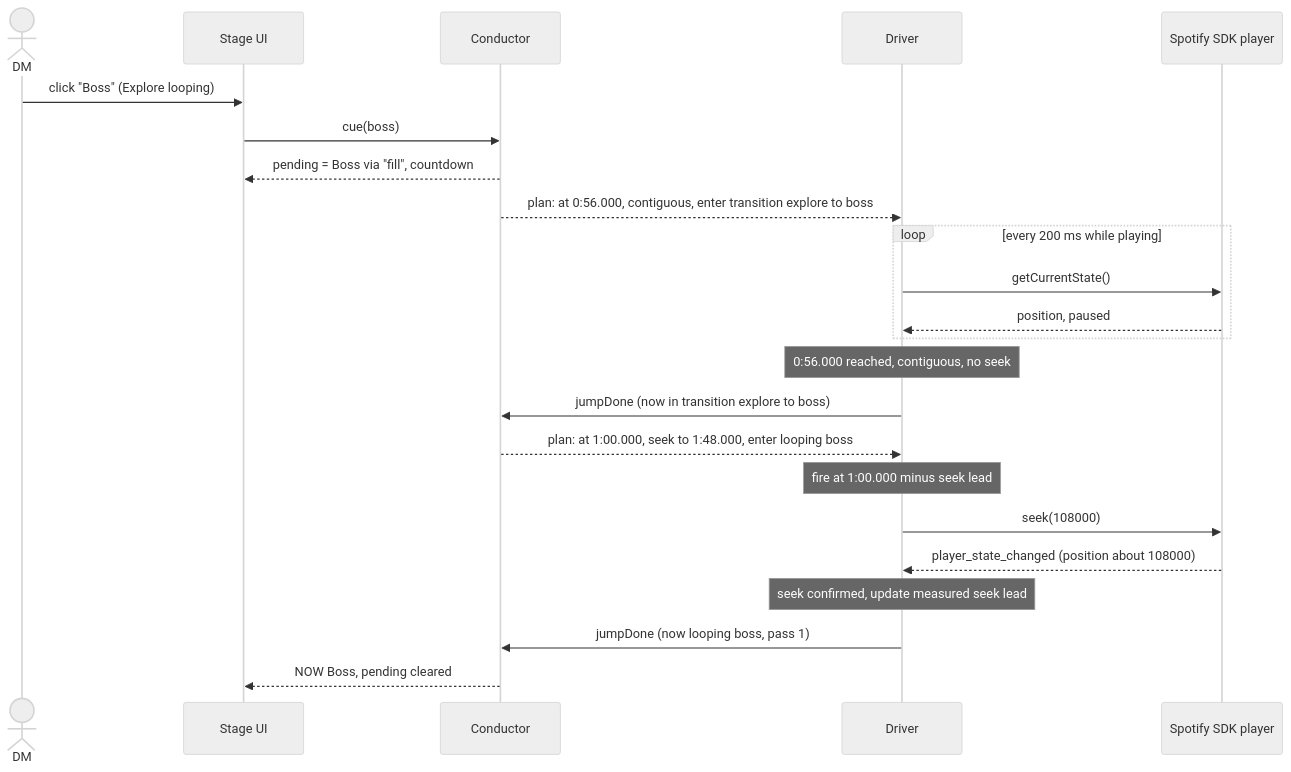
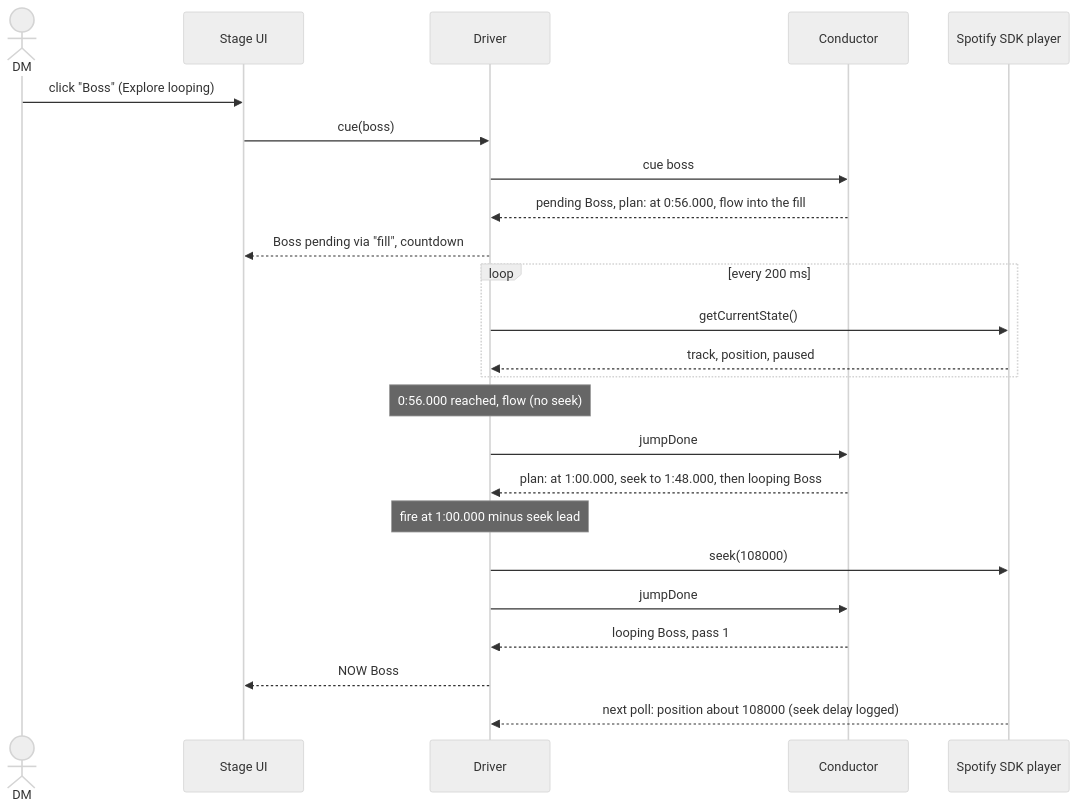
One commit to acej0ker/DMAudioLooper changed the third of 3 diagrams in docs/technical-design.md. Above: the diagram before and after it, drawn with Mermaid (neutral theme). The commit also changed other lines of this file, not shown here.

````diff
--- a/docs/technical-design.md
+++ b/docs/technical-design.md
@@ -552,25 +625,26 @@
 ```mermaid
 sequenceDiagram
   actor DM
   participant UI as Stage UI
+  participant D as Driver
   participant C as Conductor
-  participant D as Driver
   participant P as Spotify SDK player
   DM->>UI: click "Boss" (Explore looping)
-  UI->>C: cue(boss)
-  C-->>UI: pending = Boss via "fill", countdown
-  C-->>D: plan: at 0:56.000, contiguous, enter transition explore to boss
-  loop every 200 ms while playing
+  UI->>D: cue(boss)
+  D->>C: cue boss
+  C-->>D: pending Boss, plan: at 0:56.000, flow into the fill
+  D-->>UI: Boss pending via "fill", countdown
+  loop every 200 ms
     D->>P: getCurrentState()
-    P-->>D: position, paused
+    P-->>D: track, position, paused
   end
-  Note over D: 0:56.000 reached, contiguous, no seek
-  D->>C: jumpDone (now in transition explore to boss)
-  C-->>D: plan: at 1:00.000, seek to 1:48.000, enter looping boss
+  Note over D: 0:56.000 reached, flow (no seek)
+  D->>C: jumpDone
+  C-->>D: plan: at 1:00.000, seek to 1:48.000, then looping Boss
   Note over D: fire at 1:00.000 minus seek lead
   D->>P: seek(108000)
-  P-->>D: player_state_changed (position about 108000)
-  Note over D: seek confirmed, update measured seek lead
-  D->>C: jumpDone (now looping boss, pass 1)
-  C-->>UI: NOW Boss, pending cleared
+  D->>C: jumpDone
+  C-->>D: looping Boss, pass 1
+  D-->>UI: NOW Boss
+  P-->>D: next poll: position about 108000 (seek delay logged)
 ```
````
